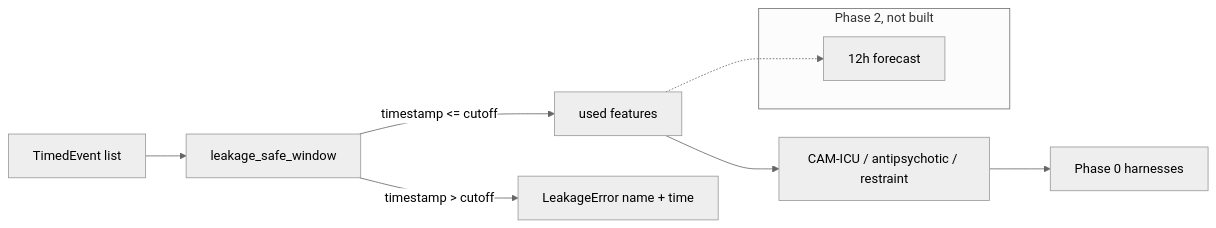
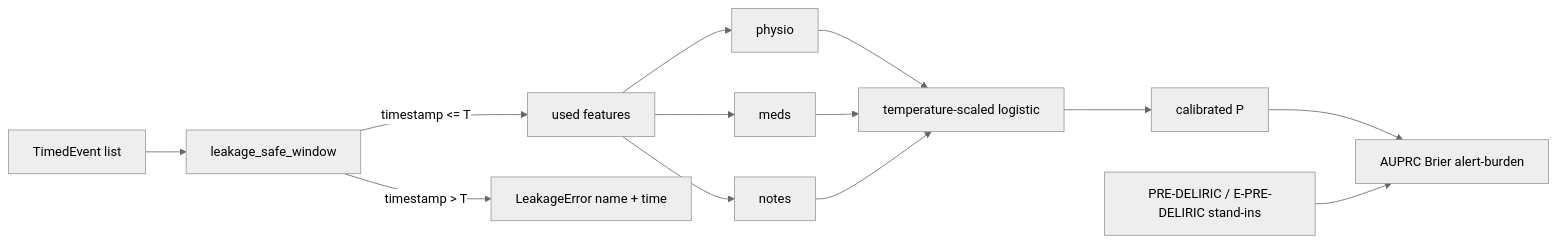
One commit to TechieGoku2623/delirium-watch changed the diagram in README.md. Above: the diagram before and after it, drawn with Mermaid (neutral theme). The commit also changed other lines of this file and 27 other files, not shown here.

First line of the commit message:
Implement Phase 1–3 vertical slice: leakage-safe predict, labels, eval.

````diff
--- a/README.md
+++ b/README.md
@@ -143,12 +174,15 @@
 ```mermaid
 flowchart LR
     events[TimedEvent list] --> window[leakage_safe_window]
-    window -->|timestamp <= cutoff| used[used features]
-    window -->|timestamp > cutoff| reject[LeakageError name + time]
-    used --> labels[CAM-ICU / antipsychotic / restraint]
-    labels --> memo[Phase 0 harnesses]
-    subgraph later [Phase 2, not built]
-      model[12h forecast]
-    end
-    used -.-> model
+    window -->|timestamp <= T| used[used features]
+    window -->|timestamp > T| reject[LeakageError name + time]
+    used --> physio[physio]
+    used --> meds[meds]
+    used --> notes[notes]
+    physio --> model[temperature-scaled logistic]
+    meds --> model
+    notes --> model
+    model --> p[calibrated P]
+    p --> eval[AUPRC Brier alert-burden]
+    pre[PRE-DELIRIC / E-PRE-DELIRIC stand-ins] --> eval
 ```
````
